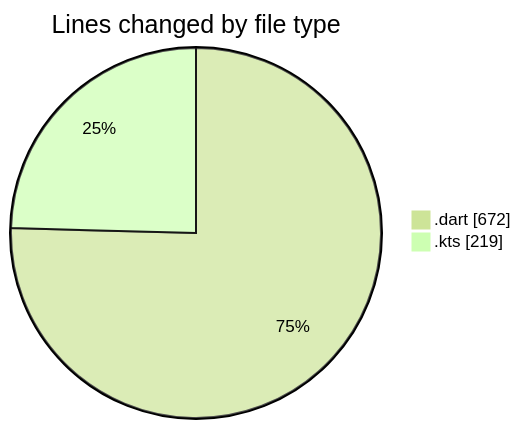
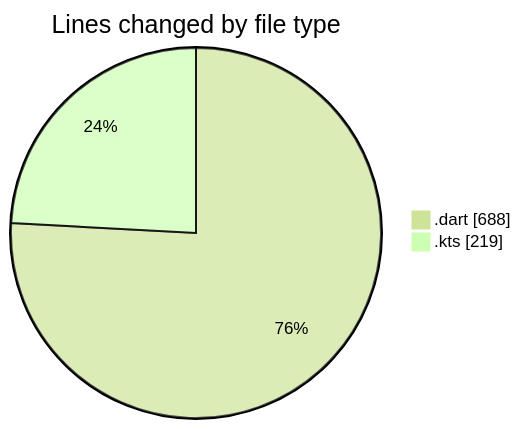
Before and after one commit to donsfak/code-tracking: the first of 2 diagrams in 2025-02-24/drivers_app/README.md, drawn with Mermaid (forest theme). The commit also changed other lines of this file and 1 other file, not shown here.

````diff
--- a/2025-02-24/drivers_app/README.md
+++ b/2025-02-24/drivers_app/README.md
@@ -25,6 +25,6 @@
 ```mermaid
 pie showData
 title Lines changed by file type
-".dart" : 672
+".dart" : 688
 ".kts" : 219
 ```
````
